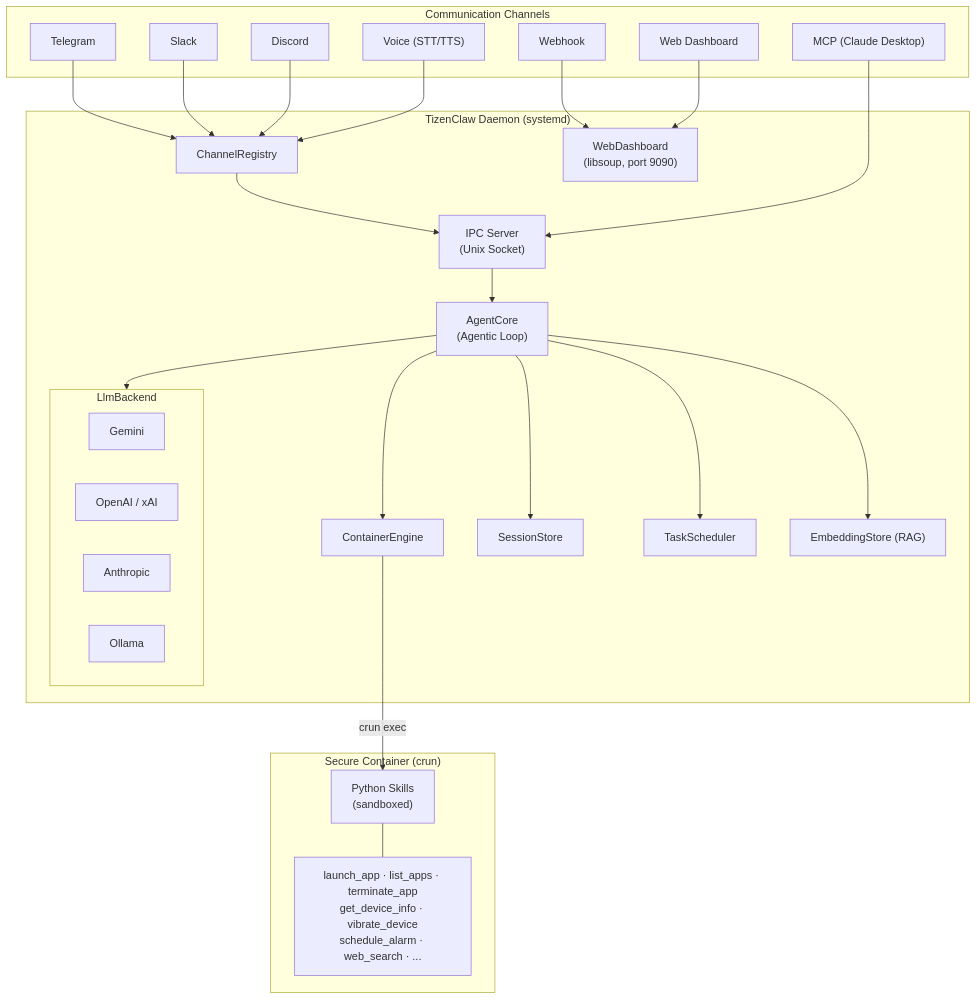
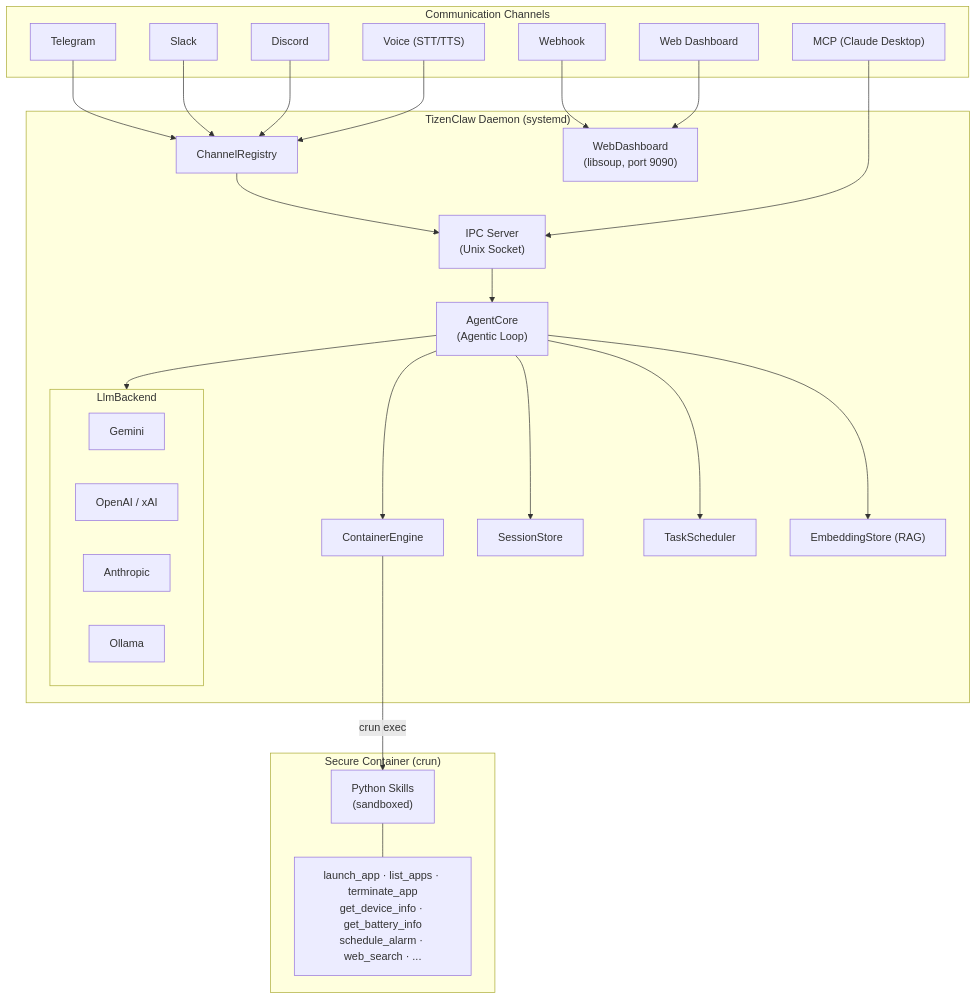
The diagram in README.md (Kyoyeol-Kim/tizenclaw), drawn with Mermaid before and after one commit. The commit also changed other lines of this file and 5 other files, not shown here.

First line of the commit message:
fix: cleanup skills - remove vibrate_device, fix terminate_app, rewrite schedule_alarm

````diff
--- a/README.md
+++ b/README.md
@@ -97,49 +97,49 @@
 ```mermaid
 graph TB
     subgraph Channels["Communication Channels"]
         Telegram["Telegram"]
         Slack["Slack"]
         Discord["Discord"]
         MCP["MCP (Claude Desktop)"]
         Webhook["Webhook"]
         Voice["Voice (STT/TTS)"]
         WebUI["Web Dashboard"]
     end
 
     subgraph Daemon["TizenClaw Daemon (systemd)"]
         ChannelReg["ChannelRegistry"]
         IPC["IPC Server<br/>(Unix Socket)"]
         AgentCore["AgentCore<br/>(Agentic Loop)"]
         ContainerEngine["ContainerEngine"]
         SessionStore["SessionStore"]
         TaskScheduler["TaskScheduler"]
         EmbeddingStore["EmbeddingStore (RAG)"]
         WebDashboard["WebDashboard<br/>(libsoup, port 9090)"]
 
         subgraph LLM["LlmBackend"]
             Gemini["Gemini"]
             OpenAI["OpenAI / xAI"]
             Anthropic["Anthropic"]
             Ollama["Ollama"]
         end
 
         ChannelReg --> IPC
         IPC --> AgentCore
         AgentCore --> LLM
         AgentCore --> ContainerEngine
         AgentCore --> SessionStore
         AgentCore --> TaskScheduler
         AgentCore --> EmbeddingStore
     end
 
     subgraph Secure["Secure Container (crun)"]
         Skills["Python Skills<br/>(sandboxed)"]
-        SkillList["launch_app · list_apps · terminate_app<br/>get_device_info · vibrate_device<br/>schedule_alarm · web_search · ..."]
+        SkillList["launch_app · list_apps · terminate_app<br/>get_device_info · get_battery_info<br/>schedule_alarm · web_search · ..."]
         Skills --- SkillList
     end
 
     Telegram & Slack & Discord & Voice --> ChannelReg
     MCP --> IPC
     Webhook & WebUI --> WebDashboard
     ContainerEngine -- "crun exec" --> Skills
 ```
````
